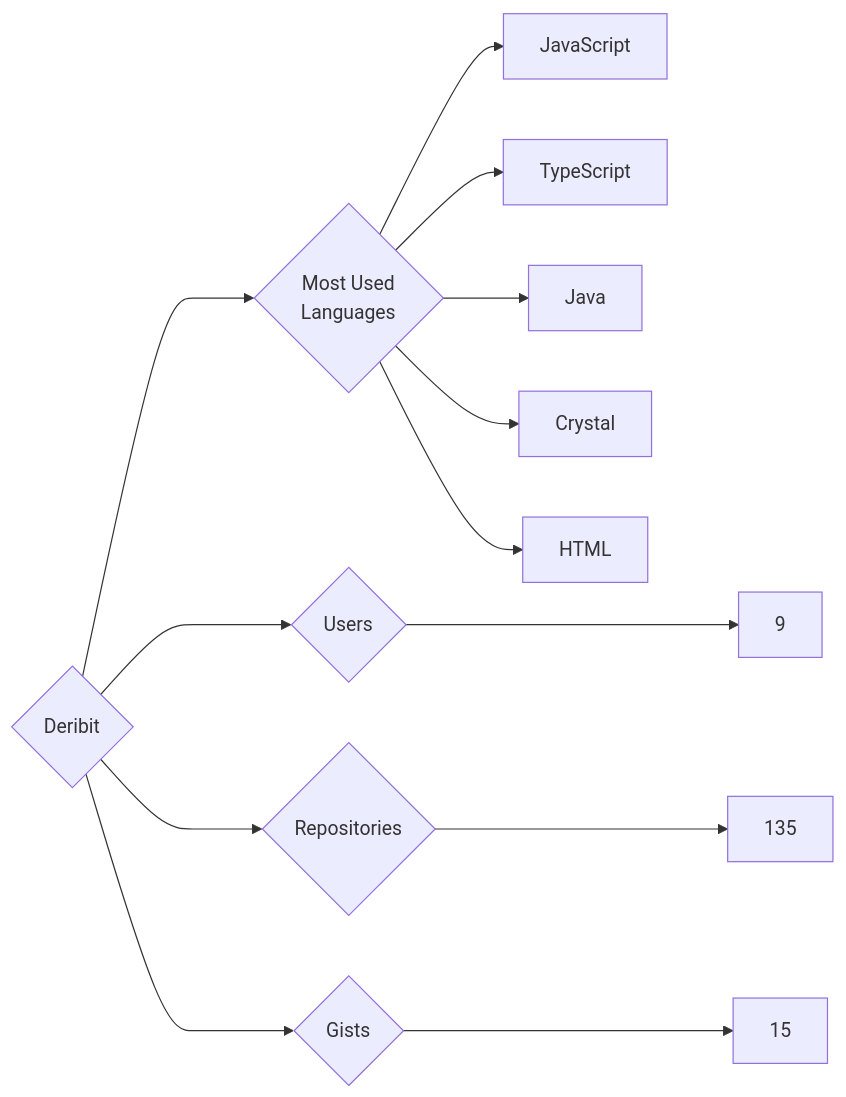
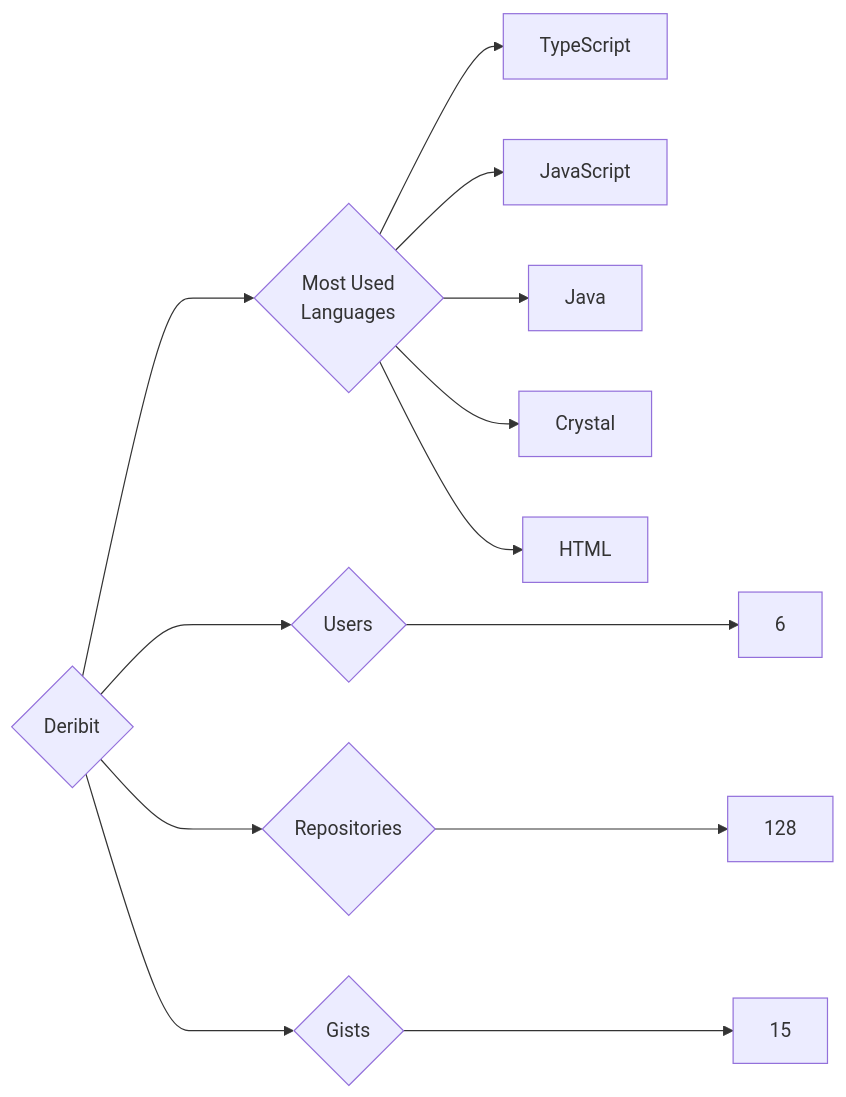
One commit to trickest/insiders changed the diagram in targets/Deribit/README.md. Above: the diagram before and after it, drawn with Mermaid. The commit also changed 882 other files, not shown here.

````diff
--- a/targets/Deribit/README.md
+++ b/targets/Deribit/README.md
@@ -3,13 +3,13 @@
 ```mermaid
 graph LR
 COMPANY_NAME{Deribit}
-COMPANY_NAME ---> U{Users} ---> UN[9]
-COMPANY_NAME ---> R{Repositories} ---> RN[135]
+COMPANY_NAME ---> U{Users} ---> UN[6]
+COMPANY_NAME ---> R{Repositories} ---> RN[128]
 COMPANY_NAME ---> G{Gists} ---> GN[15]
 COMPANY_NAME ---> ML{Most Used<br>Languages}
+ML --> TypeScript[TypeScript]
 ML --> JavaScript[JavaScript]
-ML --> TypeScript[TypeScript]
 ML --> Java[Java]
 ML --> Crystal[Crystal]
 ML --> HTML[HTML]
 ```
````
